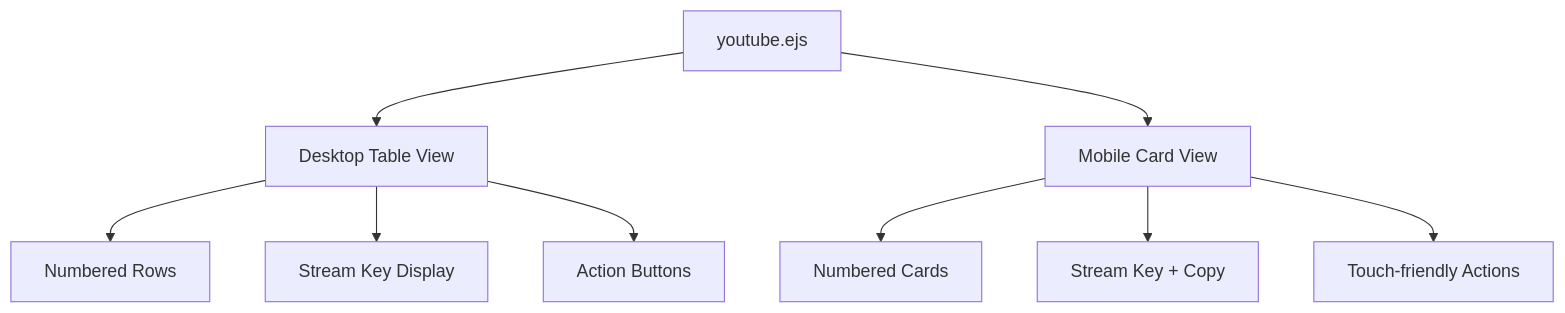
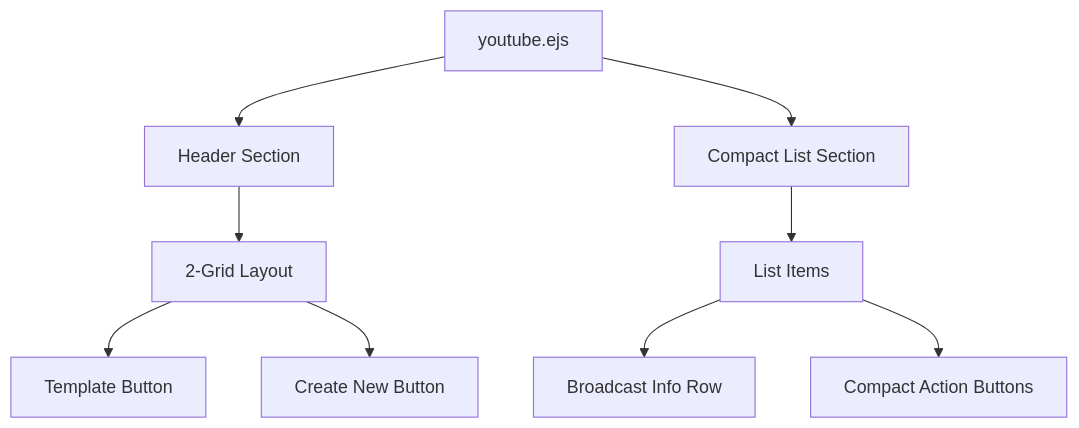
Before and after one commit to meteoradja-ytmjk/ozanglive: the diagram in .kiro/specs/youtube-broadcast-list-redesign/design.md, drawn with Mermaid. The commit also changed other lines of this file and 66 other files, not shown here.

````diff
--- a/.kiro/specs/youtube-broadcast-list-redesign/design.md
+++ b/.kiro/specs/youtube-broadcast-list-redesign/design.md
@@ -16,11 +16,11 @@
 ```mermaid
 graph TD
-    A[youtube.ejs] --> B[Desktop Table View]
-    A --> C[Mobile Card View]
-    B --> D[Numbered Rows]
-    B --> E[Stream Key Display]
-    B --> F[Action Buttons]
-    C --> G[Numbered Cards]
-    C --> H[Stream Key + Copy]
-    C --> I[Touch-friendly Actions]
+    A[youtube.ejs] --> B[Header Section]
+    A --> C[Compact List Section]
+    B --> D[2-Grid Layout]
+    D --> E[Template Button]
+    D --> F[Create New Button]
+    C --> G[List Items]
+    G --> H[Broadcast Info Row]
+    G --> I[Compact Action Buttons]
 ```
````
